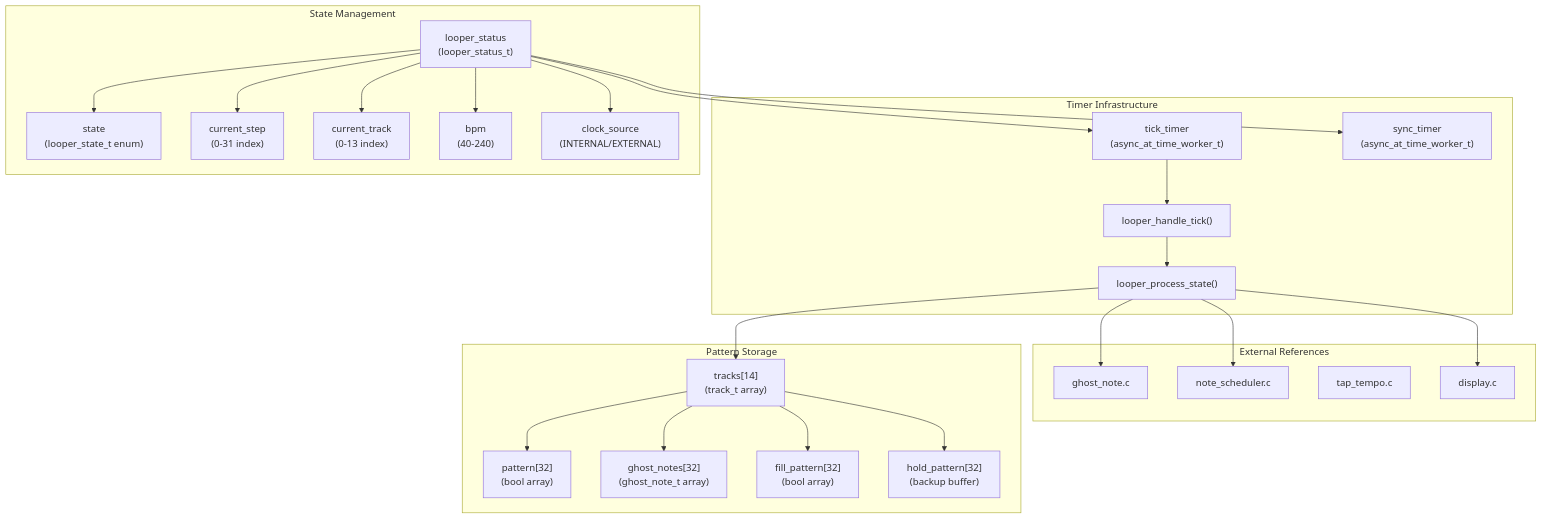
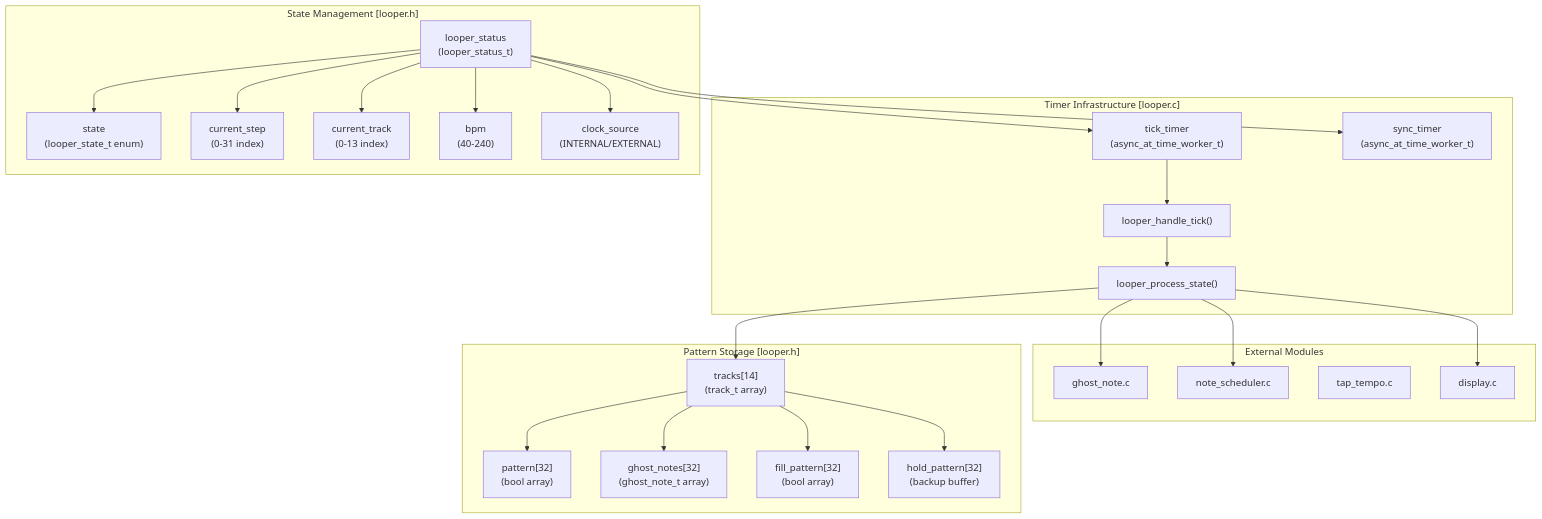
One commit to Jus-Be/orinayo-pico changed the first of 6 diagrams in wiki/5.2-step-sequencer.md. Above: the diagram before and after it, drawn with Mermaid. The commit also changed other lines of this file and 42 other files, not shown here.

````diff
--- a/wiki/5.2-step-sequencer.md
+++ b/wiki/5.2-step-sequencer.md
@@ -19,72 +27,72 @@
 ```mermaid
 flowchart TD
 
 LooperStatus["looper_status<br>(looper_status_t)"]
 State["state<br>(looper_state_t enum)"]
 CurrentStep["current_step<br>(0-31 index)"]
 CurrentTrack["current_track<br>(0-13 index)"]
 BPM["bpm<br>(40-240)"]
 ClockSource["clock_source<br>(INTERNAL/EXTERNAL)"]
 Tracks["tracks[14]<br>(track_t array)"]
 Pattern["pattern[32]<br>(bool array)"]
 GhostNotes["ghost_notes[32]<br>(ghost_note_t array)"]
 FillPattern["fill_pattern[32]<br>(bool array)"]
 HoldPattern["hold_pattern[32]<br>(backup buffer)"]
 TickTimer["tick_timer<br>(async_at_time_worker_t)"]
 SyncTimer["sync_timer<br>(async_at_time_worker_t)"]
 LooperHandleTick["looper_handle_tick()"]
 LooperProcessState["looper_process_state()"]
 GhostNote["ghost_note.c"]
 NoteScheduler["note_scheduler.c"]
 TapTempo["tap_tempo.c"]
 Display["display.c"]
 
 LooperStatus --> TickTimer
 LooperStatus --> SyncTimer
 LooperProcessState --> Tracks
 LooperProcessState --> GhostNote
 LooperProcessState --> NoteScheduler
 LooperProcessState --> Display
 
-subgraph subGraph3 ["External References"]
+subgraph subGraph3 ["External Modules"]
     GhostNote
     NoteScheduler
     TapTempo
     Display
 end
 
-subgraph subGraph2 ["Timer Infrastructure"]
+subgraph subGraph2 ["Timer Infrastructure [looper.c]"]
     TickTimer
     SyncTimer
     LooperHandleTick
     LooperProcessState
     TickTimer --> LooperHandleTick
     LooperHandleTick --> LooperProcessState
 end
 
-subgraph subGraph1 ["Pattern Storage"]
+subgraph subGraph1 ["Pattern Storage [looper.h]"]
     Tracks
     Pattern
     GhostNotes
     FillPattern
     HoldPattern
     Tracks --> Pattern
     Tracks --> GhostNotes
     Tracks --> FillPattern
     Tracks --> HoldPattern
 end
 
-subgraph subGraph0 ["State Management"]
+subgraph subGraph0 ["State Management [looper.h]"]
     LooperStatus
     State
     CurrentStep
     CurrentTrack
     BPM
     ClockSource
     LooperStatus --> State
     LooperStatus --> CurrentStep
     LooperStatus --> CurrentTrack
     LooperStatus --> BPM
     LooperStatus --> ClockSource
 end
 ```
````
